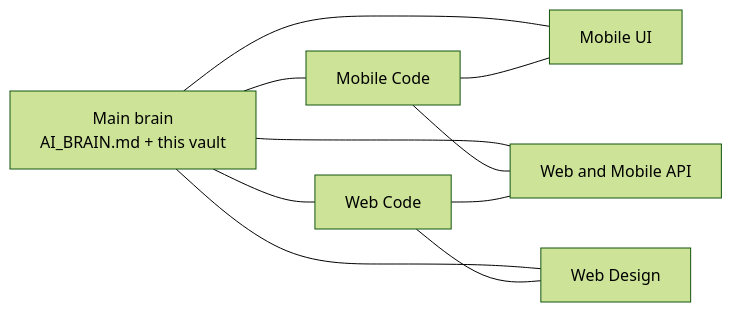
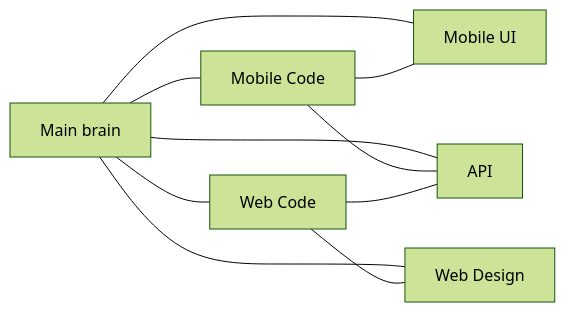
One commit to DhruvDave01/territorool-ai-brain changed the diagram in brains/README.md. Above: the diagram before and after it, drawn with Mermaid (forest theme). The commit also changed other lines of this file and 9 other files, not shown here.

Commit message:
Restyle the graph like Obsidian and refresh sub-brain notes from live code.

````diff
--- a/brains/README.md
+++ b/brains/README.md
@@ -17,18 +17,18 @@
 ```mermaid
 flowchart LR
-  main["Main brain<br/>AI_BRAIN.md + this vault"]
+  main["Main brain"]
   mc[Mobile Code]
   mui[Mobile UI]
   wc[Web Code]
   wd[Web Design]
-  api[Web and Mobile API]
+  api[API]
   main --- mc
   main --- mui
   main --- wc
   main --- wd
   main --- api
   mc --- mui
   mc --- api
   wc --- wd
   wc --- api
 ```
````
